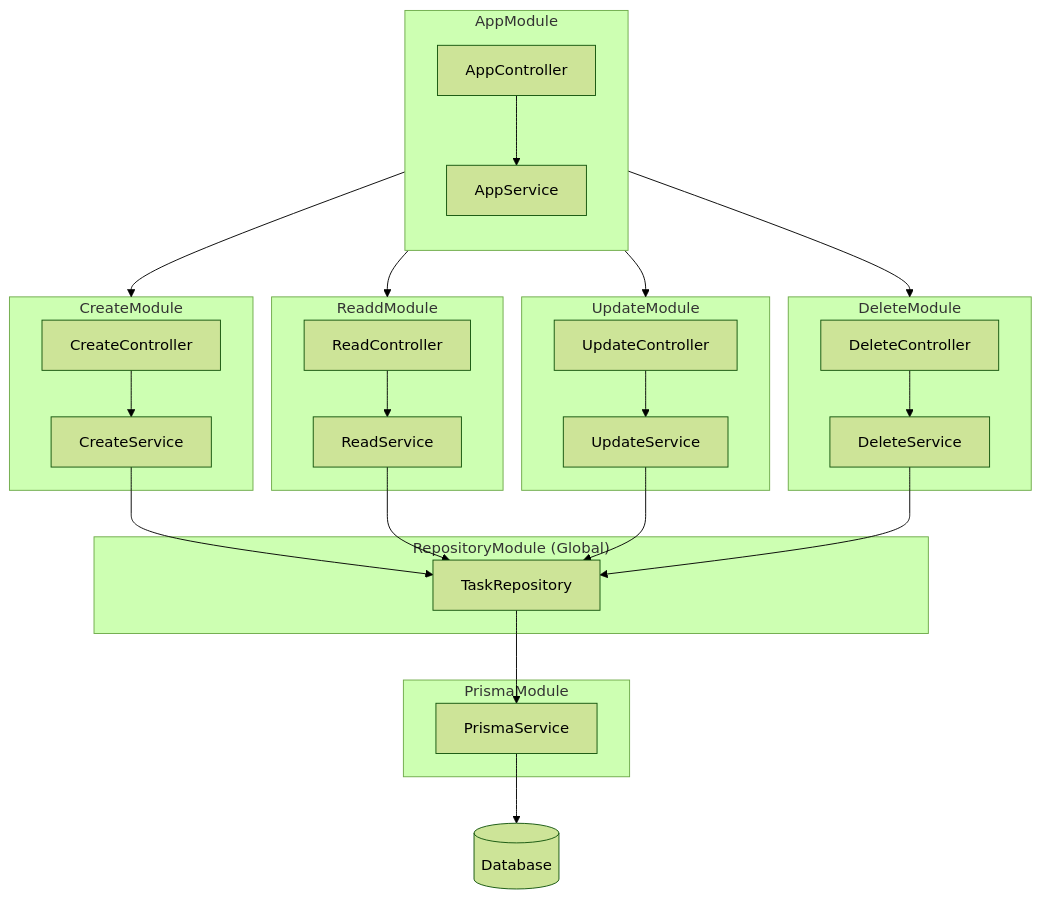
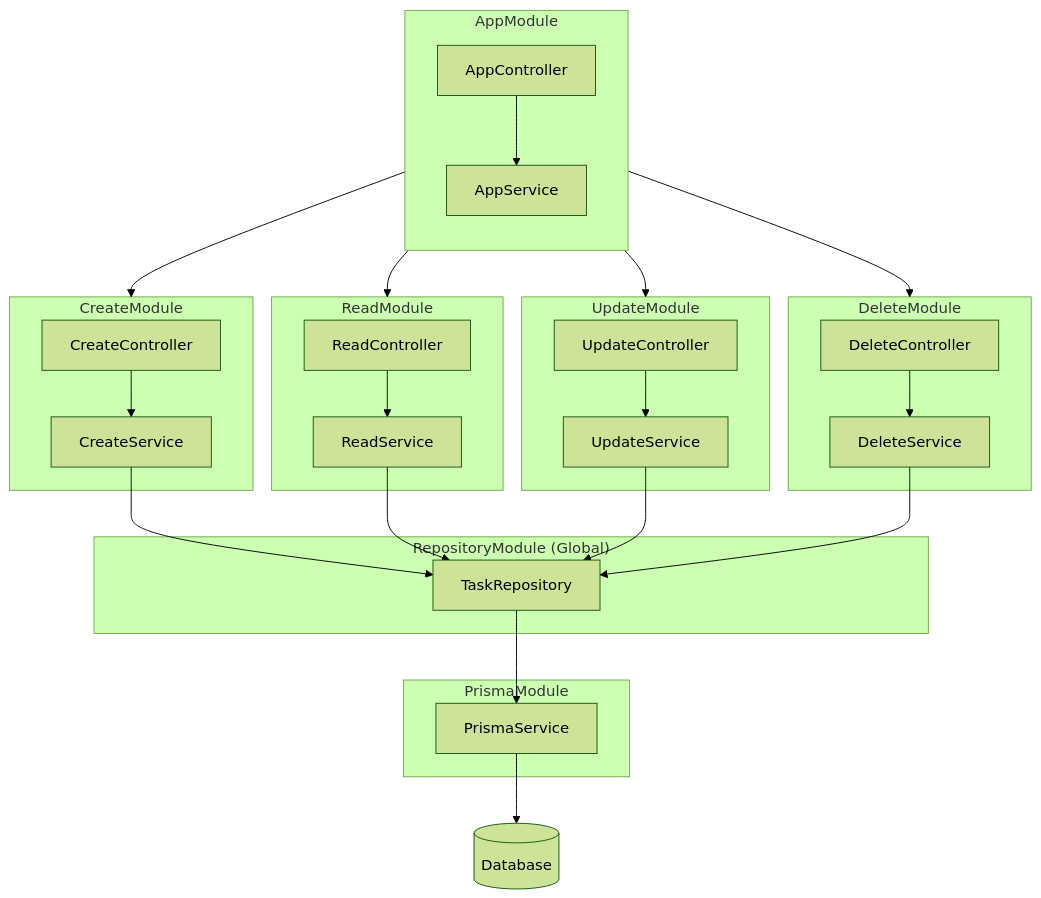
Before and after one commit to Yoshinami03/NestJS-TODO-App: the diagram in README.md, drawn with Mermaid (forest theme). The commit also changed other lines of this file, not shown here.

````diff
--- a/README.md
+++ b/README.md
@@ -79,55 +81,55 @@
 ```mermaid
 flowchart TB
     subgraph App ["AppModule"]
         direction TB
         AppController-->
         AppService
     end
 
     subgraph Prisma ["PrismaModule"]
         PrismaService
     end
 
     subgraph Repository ["RepositoryModule (Global)"]
         TaskRepository
     end
 
     subgraph CreateMod ["CreateModule"]
         CreateController
         CreateService
     end
 
-    subgraph ReadMod ["ReaddModule"]
+    subgraph ReadMod ["ReadModule"]
         ReadController
         ReadService
     end
 
     subgraph UpdateMod ["UpdateModule"]
         UpdateController
         UpdateService
     end
 
     subgraph DeleteMod ["DeleteModule"]
         DeleteController
         DeleteService
     end
 
     AppService --> CreateMod
     AppService --> ReadMod
     AppService --> UpdateMod
     AppService --> DeleteMod
 
     TaskRepository --> PrismaService
-    
+
     CreateService --> TaskRepository
     ReadService --> TaskRepository
     UpdateService --> TaskRepository
     DeleteService --> TaskRepository
 
     CreateController --> CreateService
     ReadController --> ReadService
     UpdateController --> UpdateService
     DeleteController --> DeleteService
 
     PrismaService --> DB[("Database")]
 ```
````
